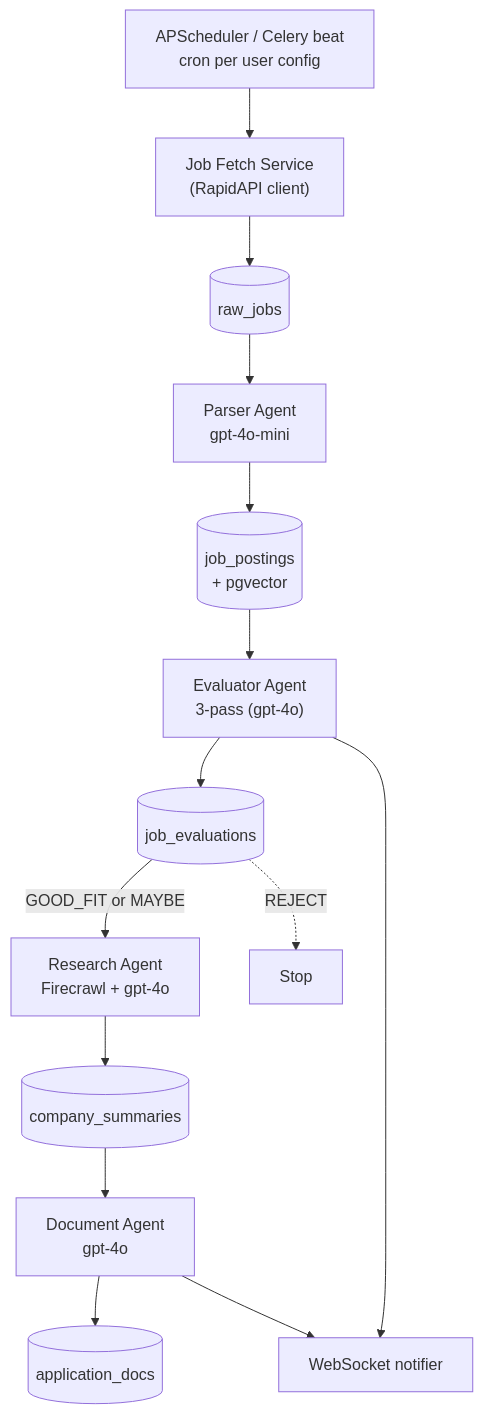
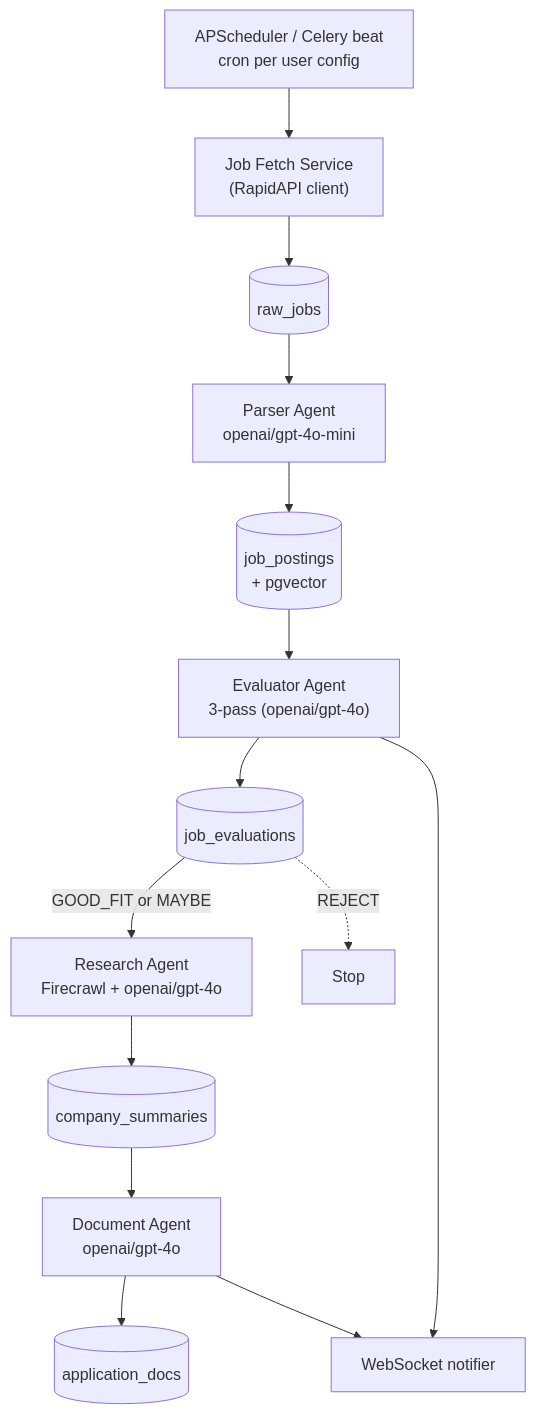
Before and after one commit to Gathondu/kaziro: the diagram in docs/architecture/02-agentic-pipeline.md, drawn with Mermaid. The commit also changed other lines of this file and 41 other files, not shown here.

````diff
--- a/docs/architecture/02-agentic-pipeline.md
+++ b/docs/architecture/02-agentic-pipeline.md
@@ -28,24 +29,24 @@
 ```mermaid
 flowchart TD
   scheduler["APScheduler / Celery beat<br/>cron per user config"]
   fetch["Job Fetch Service<br/>(RapidAPI client)"]
   rawT[("raw_jobs")]
-  parser["Parser Agent<br/>gpt-4o-mini"]
+  parser["Parser Agent<br/>openai/gpt-4o-mini"]
   postingsT[("job_postings<br/>+ pgvector")]
-  evaluator["Evaluator Agent<br/>3-pass (gpt-4o)"]
+  evaluator["Evaluator Agent<br/>3-pass (openai/gpt-4o)"]
   evalT[("job_evaluations")]
-  research["Research Agent<br/>Firecrawl + gpt-4o"]
+  research["Research Agent<br/>Firecrawl + openai/gpt-4o"]
   companyT[("company_summaries")]
-  document["Document Agent<br/>gpt-4o"]
+  document["Document Agent<br/>openai/gpt-4o"]
   docsT[("application_docs")]
   ws["WebSocket notifier"]
 
   scheduler --> fetch --> rawT
   rawT --> parser --> postingsT
   postingsT --> evaluator --> evalT
   evalT -->|"GOOD_FIT or MAYBE"| research --> companyT
   companyT --> document --> docsT
   evalT -.->|"REJECT"| stop["Stop"]
   evaluator --> ws
   document --> ws
 ```
````
